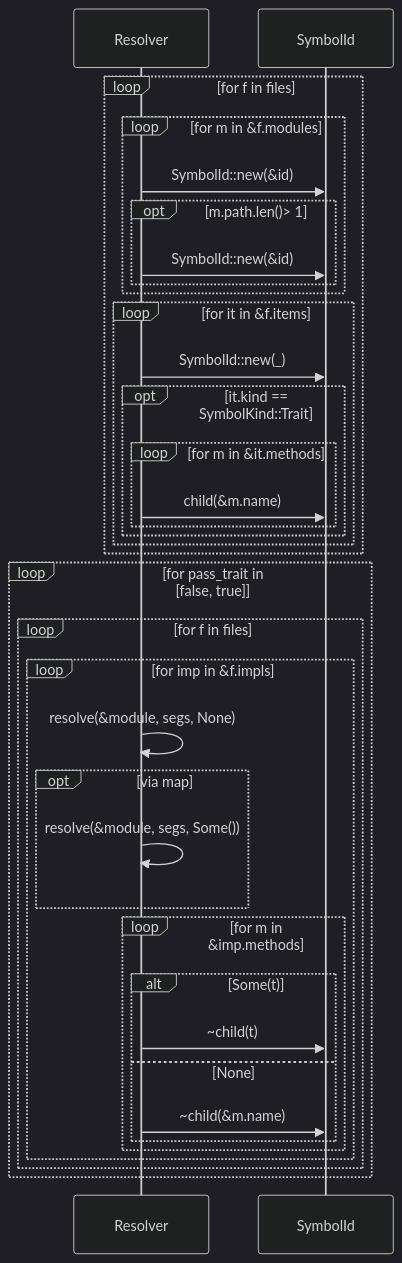
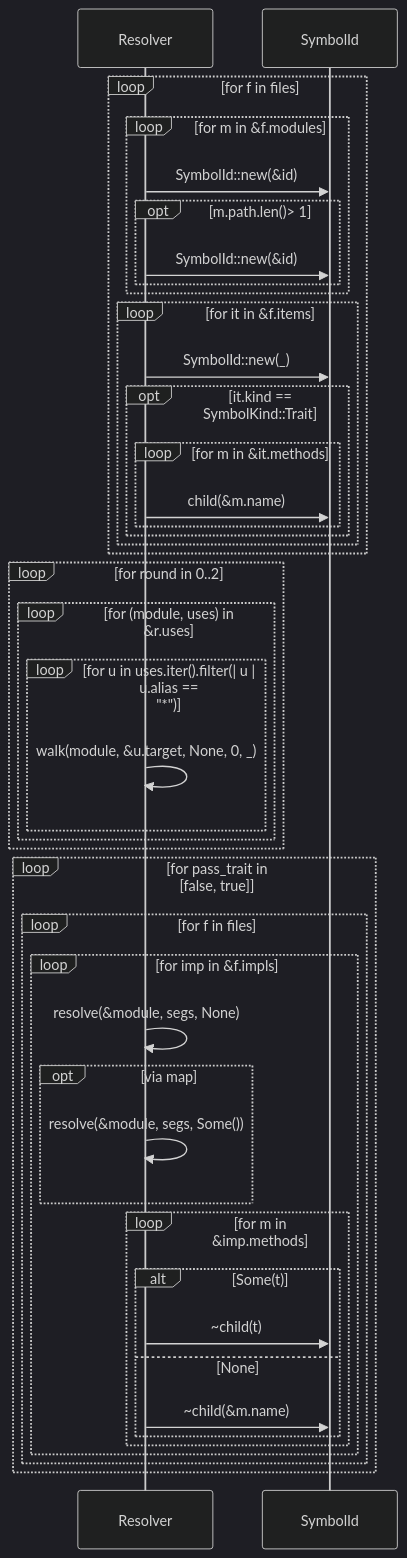
One commit to DreamLab-AI/codemaid changed the fourth of 18 diagrams in docs/codemaid/crates/codemaid-rust/src/resolve.rs.md. Above: the diagram before and after it, drawn with Mermaid (dark theme). The commit also changed other lines of this file and 29 other files, not shown here.

````diff
--- a/docs/codemaid/crates/codemaid-rust/src/resolve.rs.md
+++ b/docs/codemaid/crates/codemaid-rust/src/resolve.rs.md
@@ -261,38 +262,45 @@
 ```mermaid
 sequenceDiagram
   participant codemaid_rust__resolve__Resolver as Resolver
   participant codemaid_model__symbol__SymbolId as SymbolId
   loop for f in files
     loop for m in &f.modules
       codemaid_rust__resolve__Resolver->>codemaid_model__symbol__SymbolId: SymbolId::new(&id)
       opt m.path.len()> 1
         codemaid_rust__resolve__Resolver->>codemaid_model__symbol__SymbolId: SymbolId::new(&id)
       end
     end
     loop for it in &f.items
       codemaid_rust__resolve__Resolver->>codemaid_model__symbol__SymbolId: SymbolId::new(_)
       opt it.kind == SymbolKind::Trait
         loop for m in &it.methods
           codemaid_rust__resolve__Resolver->>codemaid_model__symbol__SymbolId: child(&m.name)
         end
+      end
+    end
+  end
+  loop for round in 0..2
+    loop for (module, uses) in &r.uses
+      loop for u in uses.iter().filter(| u | u.alias == #quot;*#quot;)
+        codemaid_rust__resolve__Resolver->>codemaid_rust__resolve__Resolver: walk(module, &u.target, None, 0, _)
       end
     end
   end
   loop for pass_trait in [false, true]
     loop for f in files
       loop for imp in &f.impls
         codemaid_rust__resolve__Resolver->>codemaid_rust__resolve__Resolver: resolve(&module, segs, None)
         opt via map
           codemaid_rust__resolve__Resolver->>codemaid_rust__resolve__Resolver: resolve(&module, segs, Some())
         end
         loop for m in &imp.methods
           alt Some(t)
             codemaid_rust__resolve__Resolver->>codemaid_model__symbol__SymbolId: ~child(t)
           else None
             codemaid_rust__resolve__Resolver->>codemaid_model__symbol__SymbolId: ~child(&m.name)
           end
         end
       end
     end
   end
 ```
````
